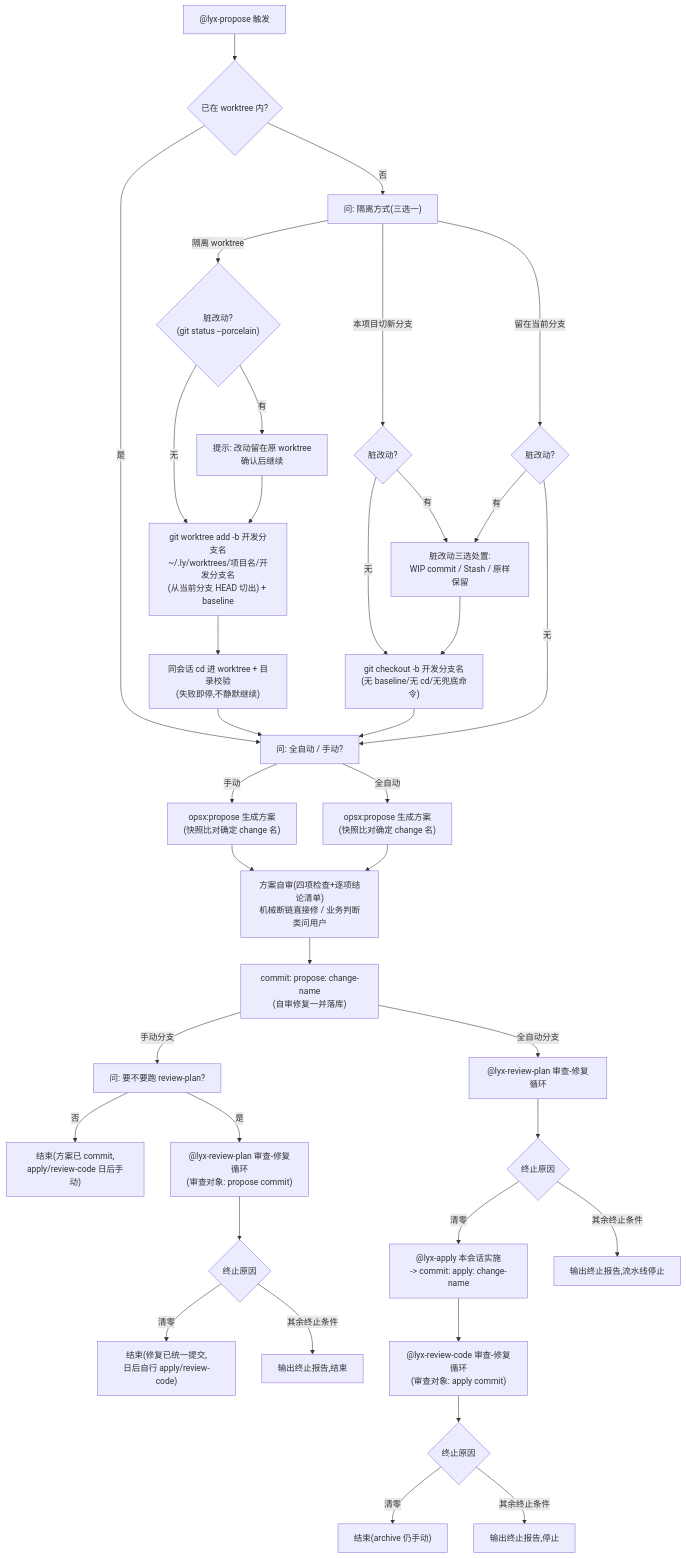
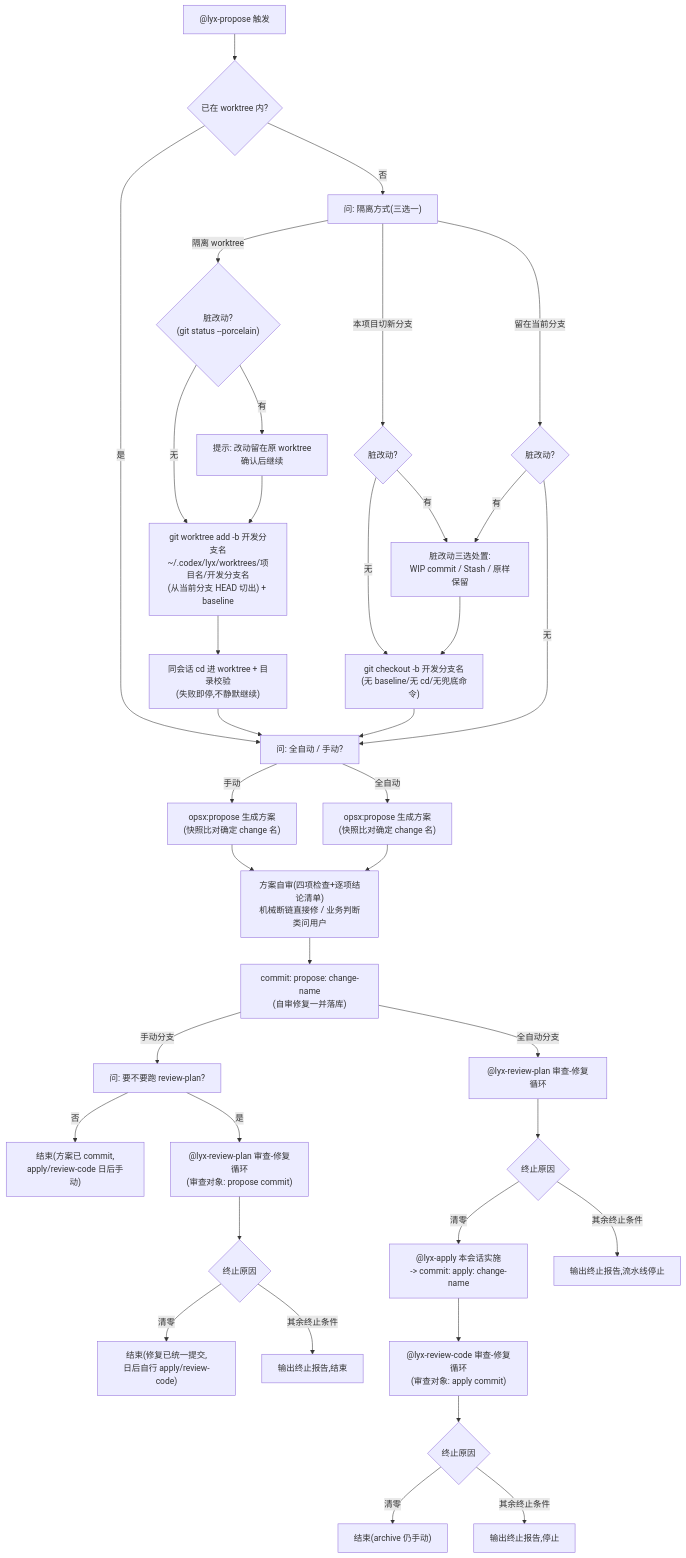
One commit to FE-runner/ly-workflow-codex changed the first of 3 diagrams in workflow.md. Above: the diagram before and after it, drawn with Mermaid. The commit also changed 24 other files, not shown here.

Commit message:
apply: migrate-ly-dir-to-codex-lyx

````diff
--- a/workflow.md
+++ b/workflow.md
@@ -7,43 +7,43 @@
 ```mermaid
 flowchart TD
     Start["@lyx-propose 触发"] --> InWt{已在 worktree 内?}
     InWt -->|是| AskAuto["问: 全自动 / 手动?"]
     InWt -->|否| AskIso["问: 隔离方式(三选一)"]
     AskIso -->|隔离 worktree| WtDirty{"脏改动?<br/>(git status --porcelain)"}
     WtDirty -->|有| WtHint["提示: 改动留在原 worktree<br/>确认后继续"]
     WtDirty -->|无| WtCreate
-    WtHint --> WtCreate["git worktree add -b 开发分支名<br/>~/.ly/worktrees/项目名/开发分支名<br/>(从当前分支 HEAD 切出) + baseline"]
+    WtHint --> WtCreate["git worktree add -b 开发分支名<br/>~/.codex/lyx/worktrees/项目名/开发分支名<br/>(从当前分支 HEAD 切出) + baseline"]
     WtCreate --> WtCd["同会话 cd 进 worktree + 目录校验<br/>(失败即停,不静默继续)"]
     WtCd --> AskAuto
     AskIso -->|本项目切新分支| Dirty1{"脏改动?"}
     Dirty1 -->|有| Disp["脏改动三选处置:<br/>WIP commit / Stash / 原样保留"]
     Dirty1 -->|无| Branch
     Disp --> Branch["git checkout -b 开发分支名<br/>(无 baseline/无 cd/无兜底命令)"]
     Branch --> AskAuto
     AskIso -->|留在当前分支| Dirty2{"脏改动?"}
     Dirty2 -->|有| Disp
     Dirty2 -->|无| AskAuto
 
     AskAuto -->|手动| M1["opsx:propose 生成方案<br/>(快照比对确定 change 名)"]
     AskAuto -->|全自动| A1["opsx:propose 生成方案<br/>(快照比对确定 change 名)"]
 
     M1 --> SelfReview["方案自审(四项检查+逐项结论清单)<br/>机械断链直接修 / 业务判断类问用户"]
     A1 --> SelfReview
     SelfReview --> Commit["commit: propose: change-name<br/>(自审修复一并落库)"]
 
     Commit -->|手动分支| C3["问: 要不要跑 review-plan?"]
     C3 -->|否| C4["结束(方案已 commit,<br/>apply/review-code 日后手动)"]
     C3 -->|是| C5["@lyx-review-plan 审查-修复循环<br/>(审查对象: propose commit)"]
     C5 --> C6{终止原因}
     C6 -->|清零| C7["结束(修复已统一提交,<br/>日后自行 apply/review-code)"]
     C6 -->|其余终止条件| C8["输出终止报告,结束"]
 
     Commit -->|全自动分支| B1["@lyx-review-plan 审查-修复循环"]
     B1 --> B2{终止原因}
     B2 -->|清零| BApply["@lyx-apply 本会话实施<br/>-> commit: apply: change-name"]
     B2 -->|其余终止条件| B6["输出终止报告,流水线停止"]
     BApply --> BCode["@lyx-review-code 审查-修复循环<br/>(审查对象: apply commit)"]
     BCode --> B5{终止原因}
     B5 -->|清零| B7["结束(archive 仍手动)"]
     B5 -->|其余终止条件| B8["输出终止报告,停止"]
 ```
````
